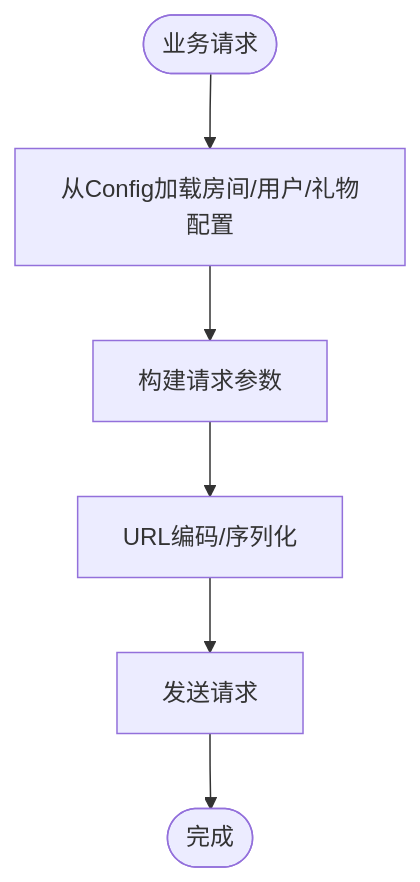
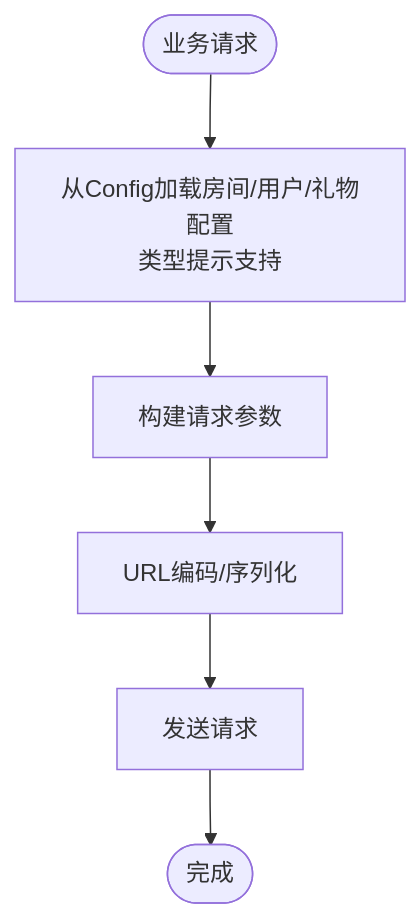
Before and after one commit to liximing1-ola/qa-payTest: the sixth of 7 diagrams in .qoder/repowiki/zh/content/核心模块/配置管理模块.md, drawn with Mermaid. The commit also changed other lines of this file and 14 other files, not shown here.

````diff
--- a/.qoder/repowiki/zh/content/核心模块/配置管理模块.md
+++ b/.qoder/repowiki/zh/content/核心模块/配置管理模块.md
@@ -228,8 +236,8 @@
 ```mermaid
 flowchart TD
-Start(["业务请求"]) --> LoadConfig["从Config加载房间/用户/礼物配置"]
+Start(["业务请求"]) --> LoadConfig["从Config加载房间/用户/礼物配置<br/>类型提示支持"]
 LoadConfig --> BuildParams["构建请求参数"]
 BuildParams --> Encode["URL编码/序列化"]
 Encode --> Send["发送请求"]
 Send --> End(["完成"])
 ```
````
